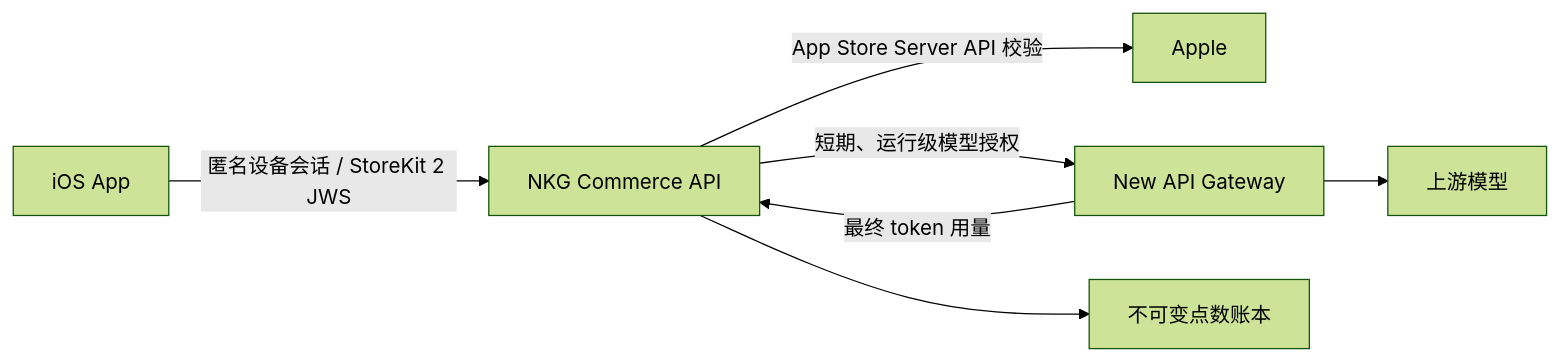
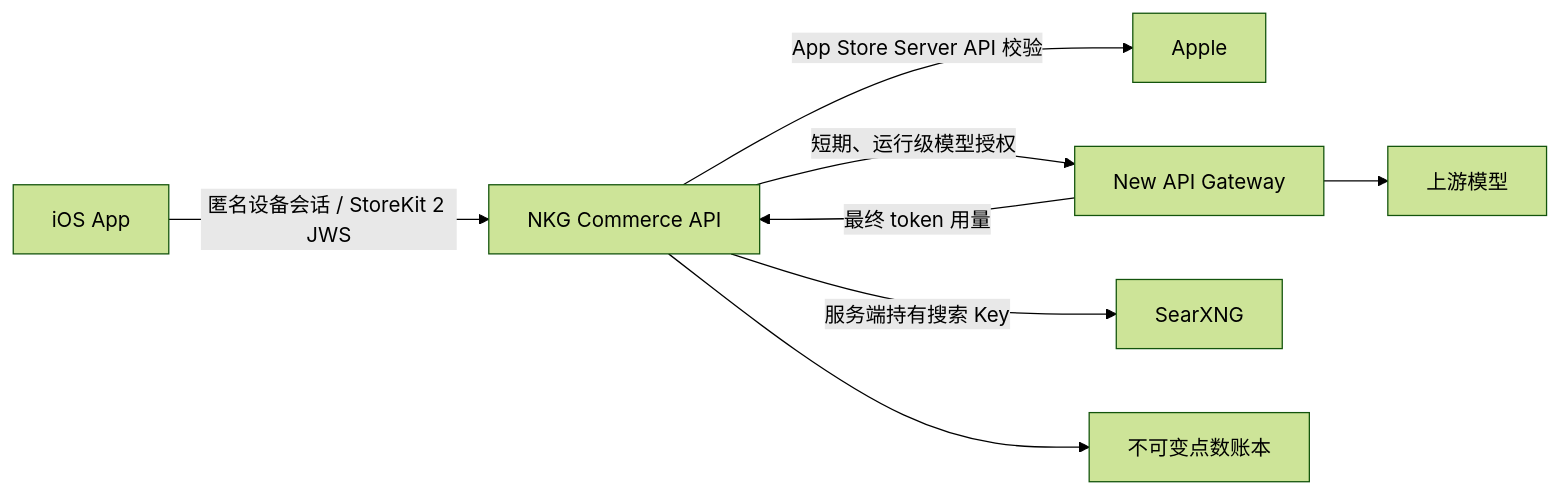
Before and after one commit to wqaetly/nkg-ai-bot: the diagram in docs/architecture/hosted-ai-points.md, drawn with Mermaid (forest theme). The commit also changed other lines of this file and 121 other files, not shown here.

````diff
--- a/docs/architecture/hosted-ai-points.md
+++ b/docs/architecture/hosted-ai-points.md
@@ -16,9 +16,10 @@
 ```mermaid
 flowchart LR
   A["iOS App"] -->|"匿名设备会话 / StoreKit 2 JWS"| C["NKG Commerce API"]
   C -->|"App Store Server API 校验"| P["Apple"]
   C -->|"短期、运行级模型授权"| G["New API Gateway"]
   G --> M["上游模型"]
+  C -->|"服务端持有搜索 Key"| S["SearXNG"]
   C --> L["不可变点数账本"]
   G -->|"最终 token 用量"| C
 ```
````
